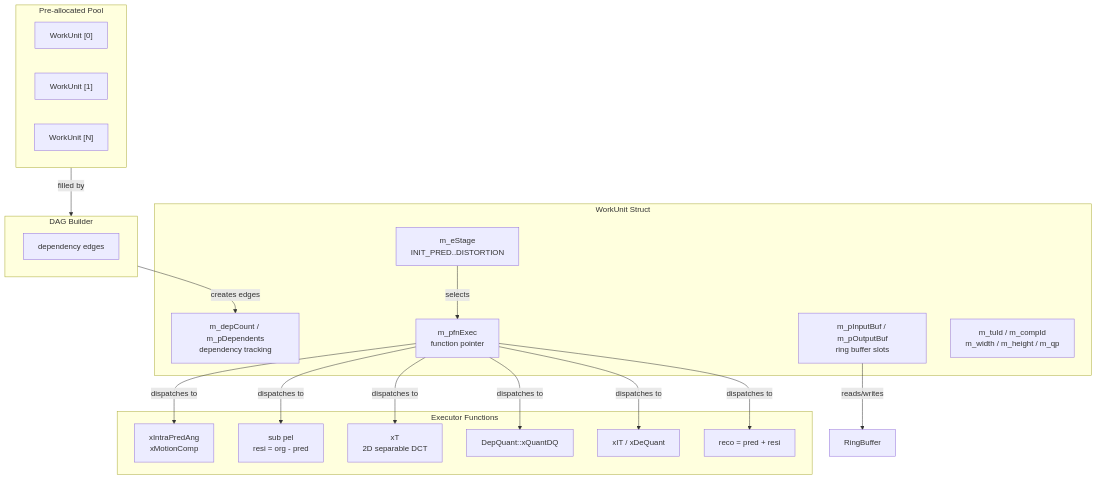
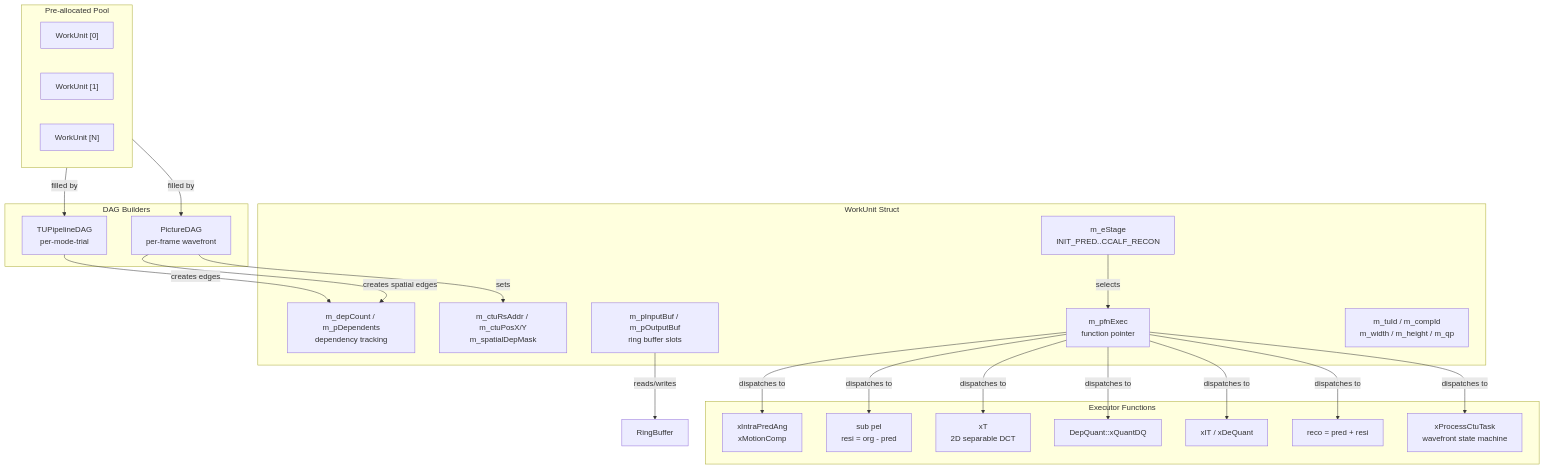
Before and after one commit to opensassi/deepenc: the diagram in source/Lib/Scheduler/WorkUnit.spec.md, drawn with Mermaid. The commit also changed other lines of this file and 5 other files, not shown here.

First line of the commit message:
spec: add PictureDAG wavefront layer for frame-level CTU dispatch

````diff
--- a/source/Lib/Scheduler/WorkUnit.spec.md
+++ b/source/Lib/Scheduler/WorkUnit.spec.md
@@ -114,40 +166,47 @@
 ```mermaid
 graph TB
     subgraph WorkUnit["WorkUnit Struct"]
-        Stage["m_eStage<br/>INIT_PRED..DISTORTION"]
+        Stage["m_eStage<br/>INIT_PRED..CCALF_RECON"]
+        Spatial["m_ctuRsAddr / m_ctuPosX/Y<br/>m_spatialDepMask"]
         Deps["m_depCount / m_pDependents<br/>dependency tracking"]
         Buf["m_pInputBuf / m_pOutputBuf<br/>ring buffer slots"]
         Exec["m_pfnExec<br/>function pointer"]
         Meta["m_tuId / m_compId<br/>m_width / m_height / m_qp"]
     end
 
     subgraph Pool["Pre-allocated Pool"]
         WU0["WorkUnit [0]"]
         WU1["WorkUnit [1]"]
         WUN["WorkUnit [N]"]
     end
 
-    subgraph DAG["DAG Builder"]
-        DepsEdges["dependency edges"]
+    subgraph DAG_Builders["DAG Builders"]
+        tDAG["TUPipelineDAG<br/>per-mode-trial"]
+        pDAG["PictureDAG<br/>per-frame wavefront"]
     end
 
     subgraph Executor["Executor Functions"]
         predFn["xIntraPredAng<br/>xMotionComp"]
         residFn["sub pel<br/>resi = org - pred"]
         xformFn["xT<br/>2D separable DCT"]
         quantFn["DepQuant::xQuantDQ"]
         invFn["xIT / xDeQuant"]
         reconFn["reco = pred + resi"]
+        ctuFn["xProcessCtuTask<br/>wavefront state machine"]
     end
 
-    Pool -->|filled by| DAG
-    DAG -->|creates edges| Deps
+    Pool -->|filled by| tDAG
+    Pool -->|filled by| pDAG
+    tDAG -->|creates edges| Deps
+    pDAG -->|creates spatial edges| Deps
+    pDAG -->|sets| Spatial
     Stage -->|selects| Exec
     Exec -->|dispatches to| predFn
     Exec -->|dispatches to| residFn
     Exec -->|dispatches to| xformFn
     Exec -->|dispatches to| quantFn
     Exec -->|dispatches to| invFn
     Exec -->|dispatches to| reconFn
+    Exec -->|dispatches to| ctuFn
     Buf -->|reads/writes| RingBuffer
 ```
````
